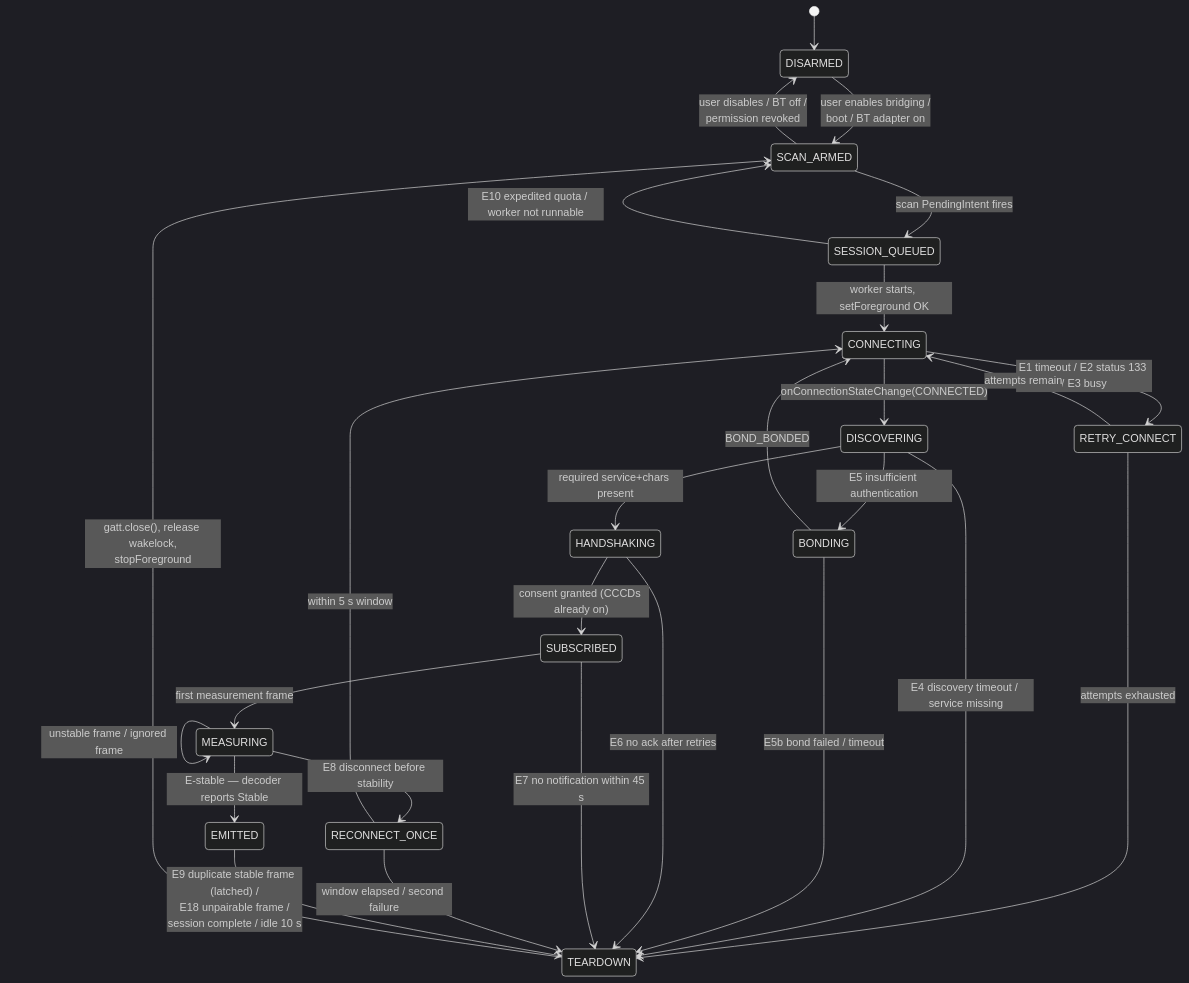
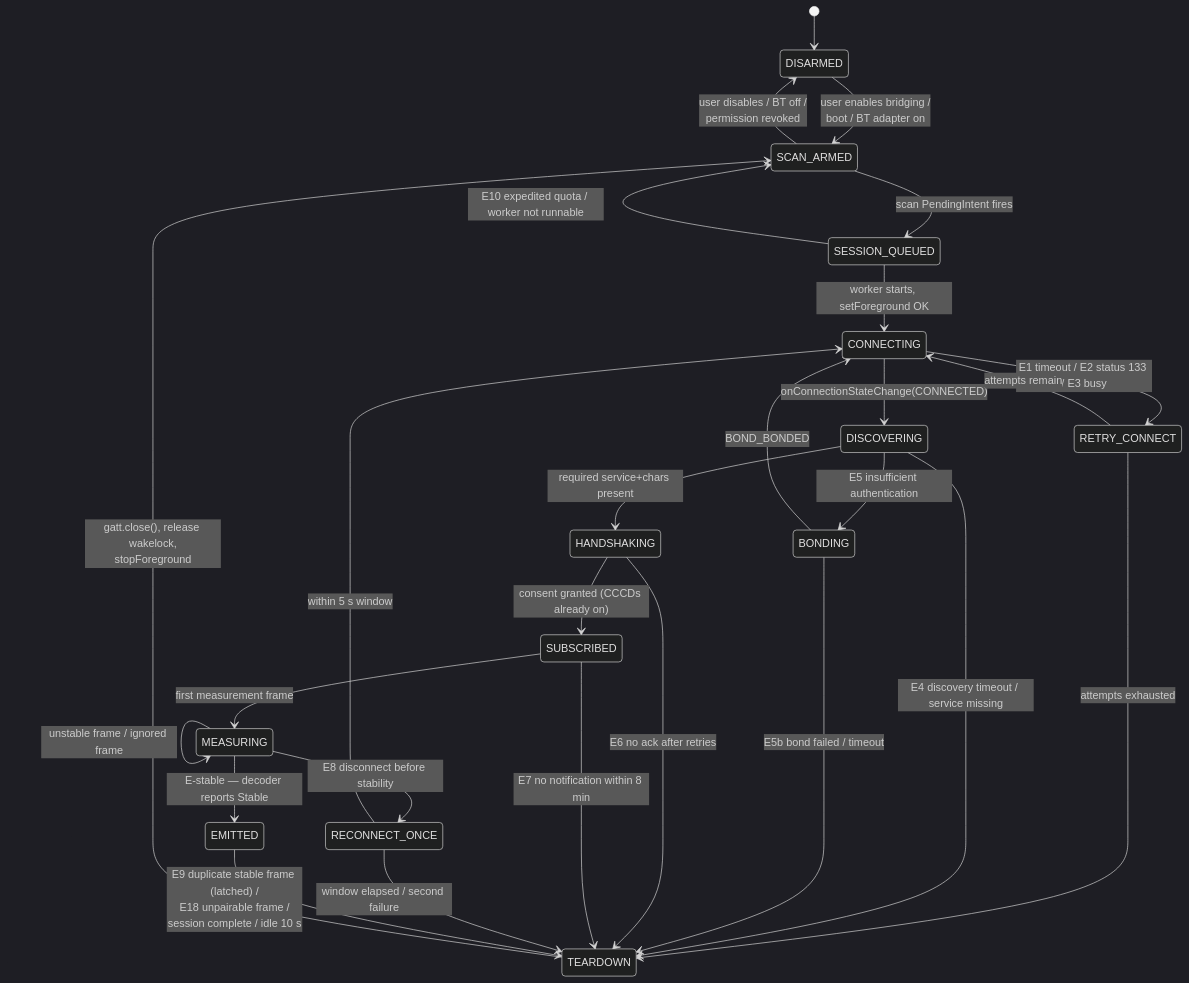
One commit to bearyjd/bascule changed the second of 3 diagrams in docs/prp/00-design.md. Above: the diagram before and after it, drawn with Mermaid (dark theme). The commit also changed other lines of this file, not shown here.

````diff
--- a/docs/prp/00-design.md
+++ b/docs/prp/00-design.md
@@ -146,29 +146,29 @@
 ```mermaid
 stateDiagram-v2
     [*] --> DISARMED
     DISARMED --> SCAN_ARMED: user enables bridging /<br/>boot / BT adapter on
     SCAN_ARMED --> DISARMED: user disables / BT off /<br/>permission revoked
     SCAN_ARMED --> SESSION_QUEUED: scan PendingIntent fires
     SESSION_QUEUED --> CONNECTING: worker starts, setForeground OK
     SESSION_QUEUED --> SCAN_ARMED: E10 expedited quota / worker not runnable
     CONNECTING --> DISCOVERING: onConnectionStateChange(CONNECTED)
     CONNECTING --> RETRY_CONNECT: E1 timeout / E2 status 133 / E3 busy
     RETRY_CONNECT --> CONNECTING: attempts remain
     RETRY_CONNECT --> TEARDOWN: attempts exhausted
     DISCOVERING --> HANDSHAKING: required service+chars present
     DISCOVERING --> TEARDOWN: E4 discovery timeout / service missing
     DISCOVERING --> BONDING: E5 insufficient authentication
     BONDING --> CONNECTING: BOND_BONDED
     BONDING --> TEARDOWN: E5b bond failed / timeout
     HANDSHAKING --> SUBSCRIBED: consent granted (CCCDs already on)
     HANDSHAKING --> TEARDOWN: E6 no ack after retries
     SUBSCRIBED --> MEASURING: first measurement frame
-    SUBSCRIBED --> TEARDOWN: E7 no notification within 45 s
+    SUBSCRIBED --> TEARDOWN: E7 no notification within 8 min
     MEASURING --> MEASURING: unstable frame / ignored frame
     MEASURING --> EMITTED: E-stable — decoder reports Stable
     MEASURING --> RECONNECT_ONCE: E8 disconnect before stability
     RECONNECT_ONCE --> CONNECTING: within 5 s window
     RECONNECT_ONCE --> TEARDOWN: window elapsed / second failure
     EMITTED --> TEARDOWN: E9 duplicate stable frame (latched) /<br/>E18 unpairable frame /<br/>session complete / idle 10 s
     TEARDOWN --> SCAN_ARMED: gatt.close(), release wakelock,<br/>stopForeground
 ```
````
